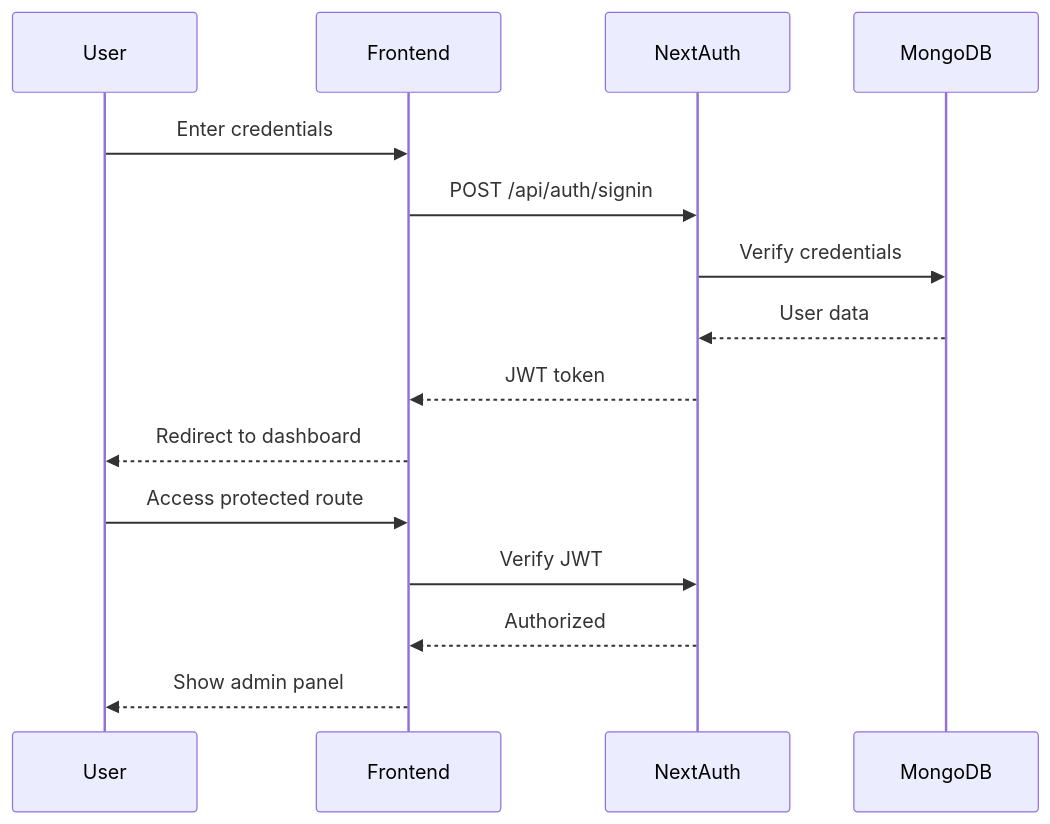
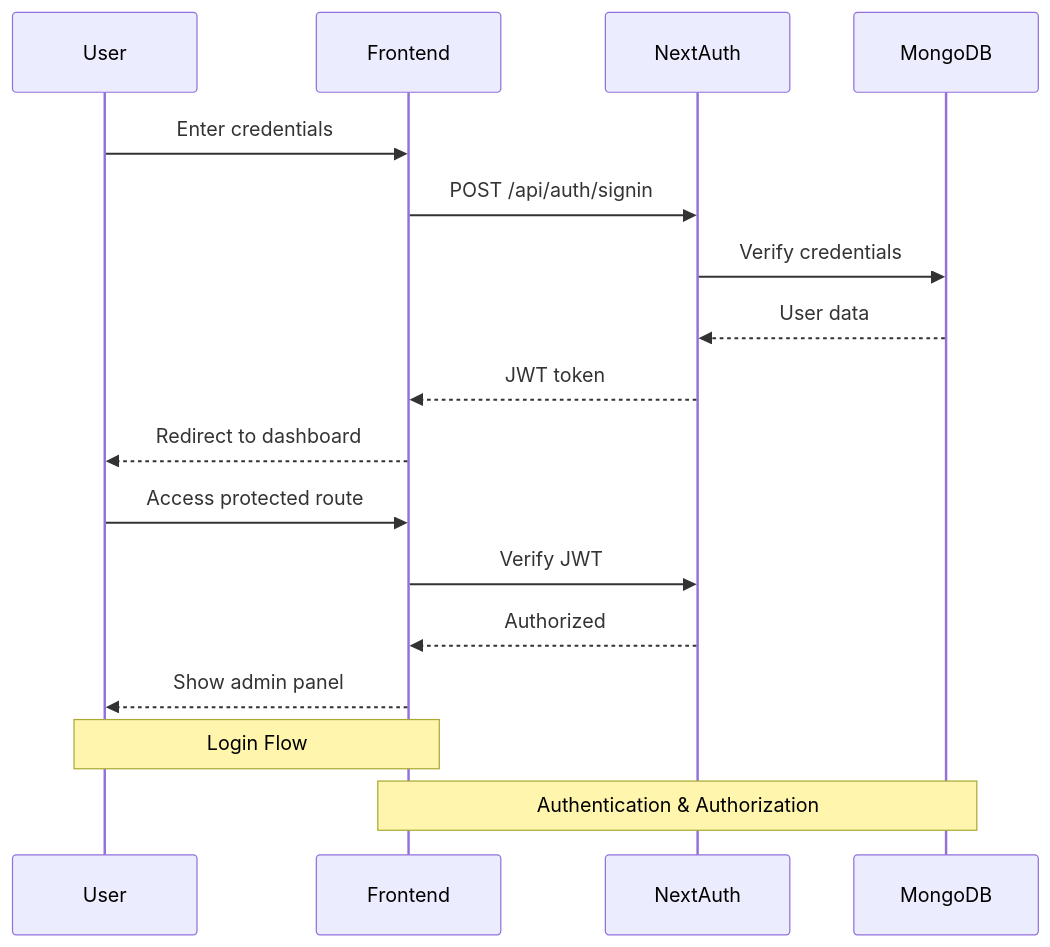
The fourth of 7 diagrams in README.md (CodeCommandBD/ProtfolioNext), drawn with Mermaid before and after one commit. The commit also changed other lines of this file and 1 other file, not shown here.

Commit message:
docs: Delete `.env.example` and update `README.md` with new Mermaid diagrams, empty environment variable examples, and removed sections.

````diff
--- a/README.md
+++ b/README.md
@@ -480,19 +480,22 @@
 ```mermaid
 sequenceDiagram
     participant User
     participant Frontend
     participant NextAuth
     participant MongoDB
 
     User->>Frontend: Enter credentials
     Frontend->>NextAuth: POST /api/auth/signin
     NextAuth->>MongoDB: Verify credentials
     MongoDB-->>NextAuth: User data
     NextAuth-->>Frontend: JWT token
     Frontend-->>User: Redirect to dashboard
 
     User->>Frontend: Access protected route
     Frontend->>NextAuth: Verify JWT
     NextAuth-->>Frontend: Authorized
     Frontend-->>User: Show admin panel
+
+    Note over User,Frontend: Login Flow
+    Note over Frontend,MongoDB: Authentication & Authorization
 ```
````
